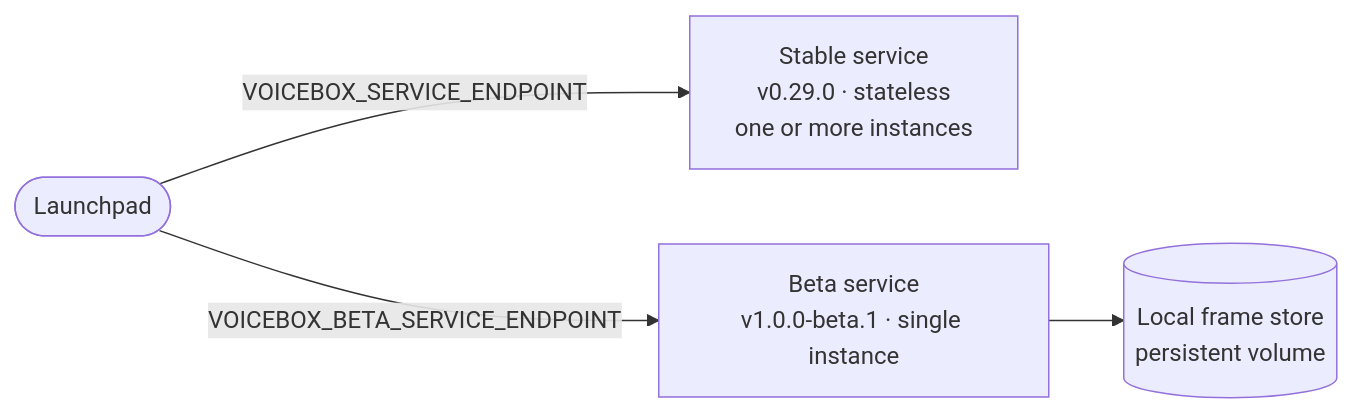
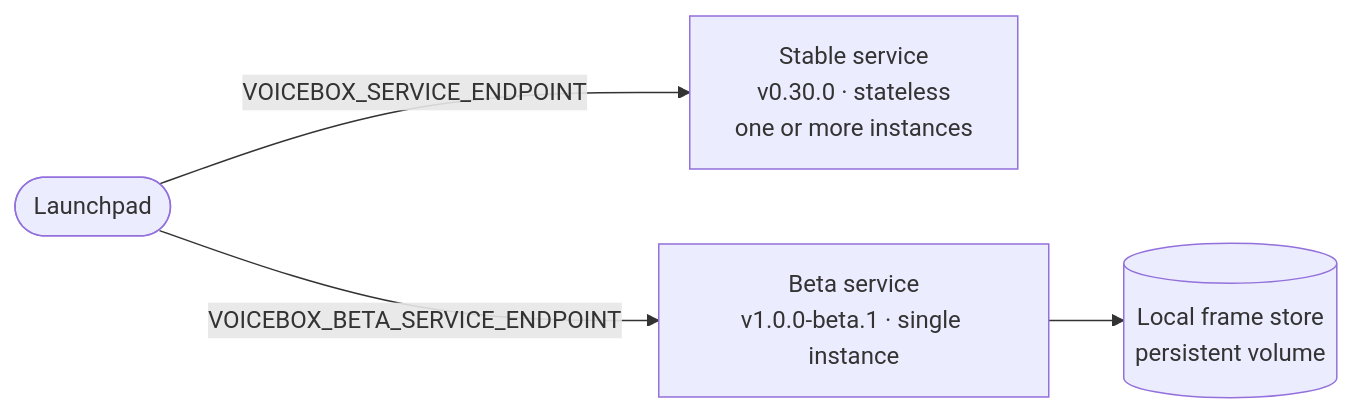
One commit to stardog-union/launchpad-docs changed the first of 2 diagrams in guides/voicebox-beta-deployment.md. Above: the diagram before and after it, drawn with Mermaid. The commit also changed other lines of this file, not shown here.

First line of the commit message:
Address PR review on Voicebox beta deployment guide

````diff
--- a/guides/voicebox-beta-deployment.md
+++ b/guides/voicebox-beta-deployment.md
@@ -28,7 +28,7 @@
 ```mermaid
 flowchart LR
     LP([Launchpad])
-    LP -->|VOICEBOX_SERVICE_ENDPOINT| ST["Stable service<br/>v0.29.0 · stateless<br/>one or more instances"]
+    LP -->|VOICEBOX_SERVICE_ENDPOINT| ST["Stable service<br/>v0.30.0 · stateless<br/>one or more instances"]
     LP -->|VOICEBOX_BETA_SERVICE_ENDPOINT| BE["Beta service<br/>v1.0.0-beta.1 · single instance"]
     BE --> FS[("Local frame store<br/>persistent volume")]
 ```
````
